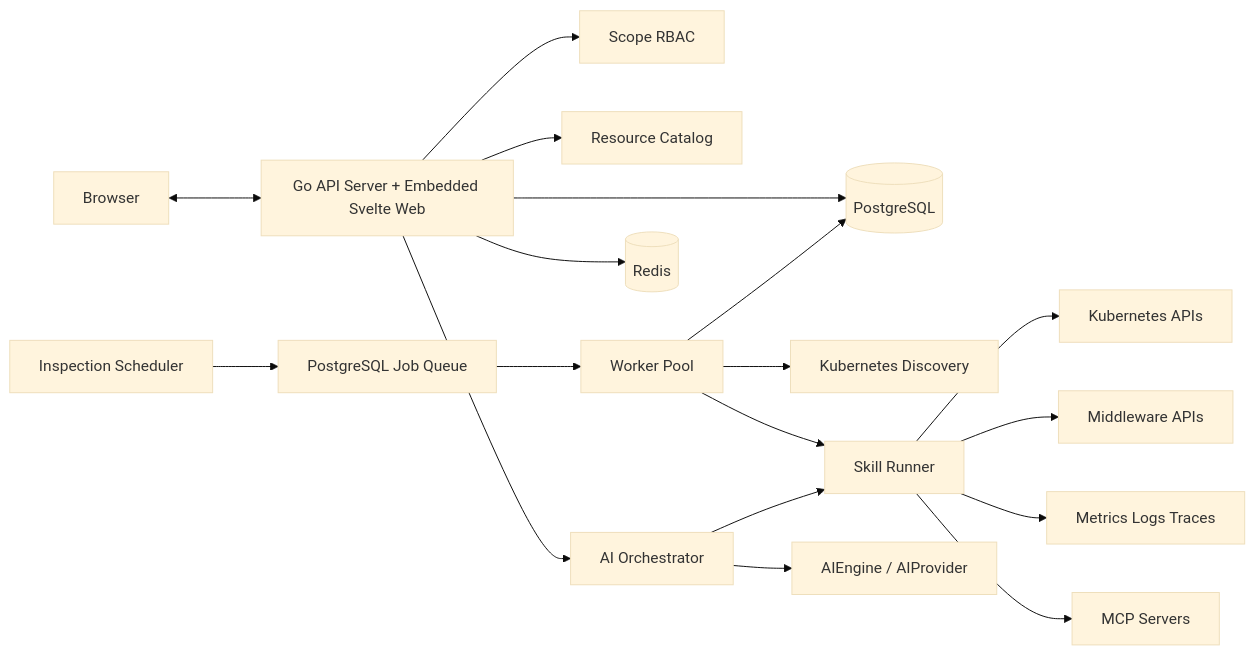
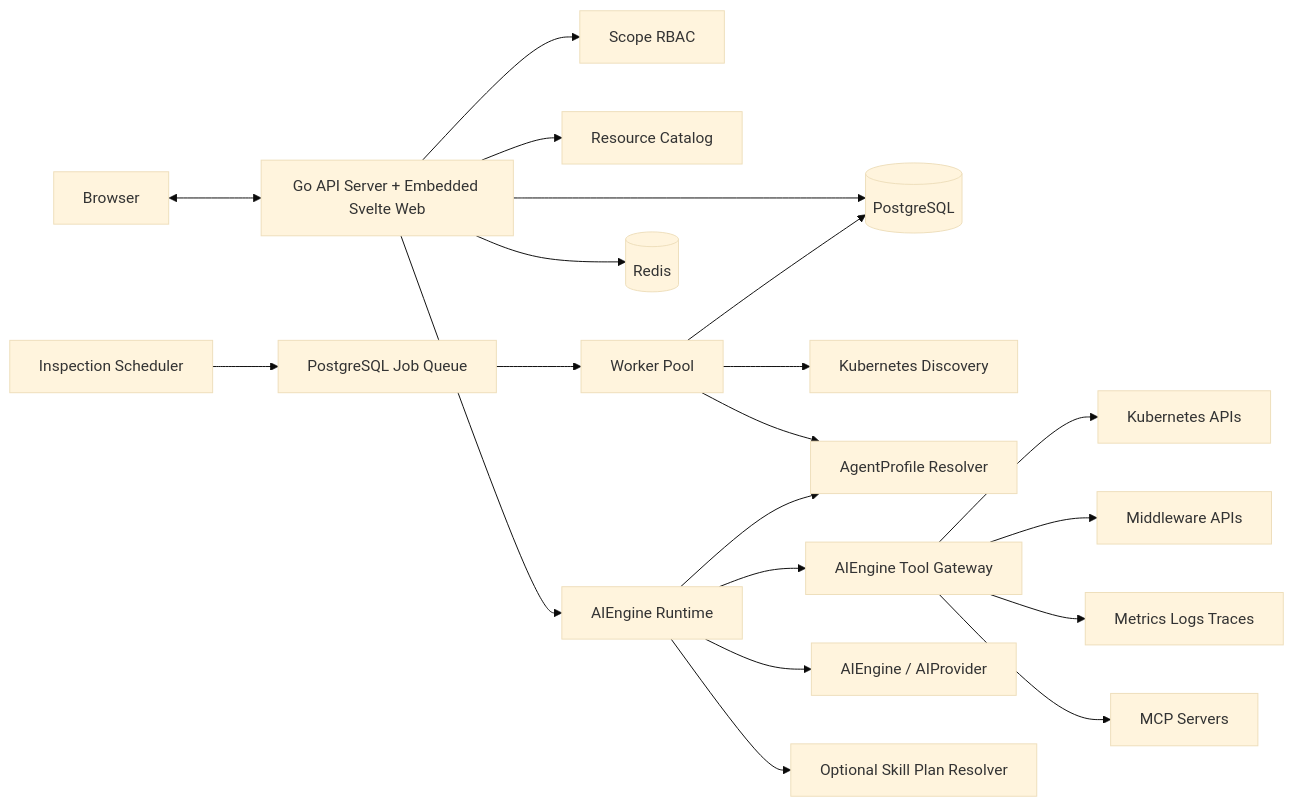
The diagram in docs/design/architecture.md (xshrim/opskeeper), drawn with Mermaid (base theme) before and after one commit. The commit also changed other lines of this file and 50 other files, not shown here.

````diff
--- a/docs/design/architecture.md
+++ b/docs/design/architecture.md
@@ -45,20 +45,22 @@
 ```mermaid
 flowchart LR
     UI[Browser] <--> API[Go API Server + Embedded Svelte Web]
     API --> Auth[Scope RBAC]
     API --> Catalog[Resource Catalog]
-    API --> AI[AI Orchestrator]
+    API --> AI[AIEngine Runtime]
     API --> PG[(PostgreSQL)]
     API --> Redis[(Redis)]
     Scheduler[Inspection Scheduler] --> Jobs[PostgreSQL Job Queue]
     Jobs --> Worker[Worker Pool]
     Worker --> Discovery[Kubernetes Discovery]
-    Worker --> Skills[Skill Runner]
-    Skills --> K8S[Kubernetes APIs]
-    Skills --> Middleware[Middleware APIs]
-    Skills --> Observability[Metrics Logs Traces]
-    Skills --> MCP[MCP Servers]
+    Worker --> Profiles[AgentProfile Resolver]
+    AI --> Gateway[AIEngine Tool Gateway]
+    Gateway --> K8S[Kubernetes APIs]
+    Gateway --> Middleware[Middleware APIs]
+    Gateway --> Observability[Metrics Logs Traces]
+    Gateway --> MCP[MCP Servers]
     AI --> LLM[AIEngine / AIProvider]
-    AI --> Skills
+    AI --> Skills[Optional Skill Plan Resolver]
+    AI --> Profiles
     Worker --> PG
 ```
````
